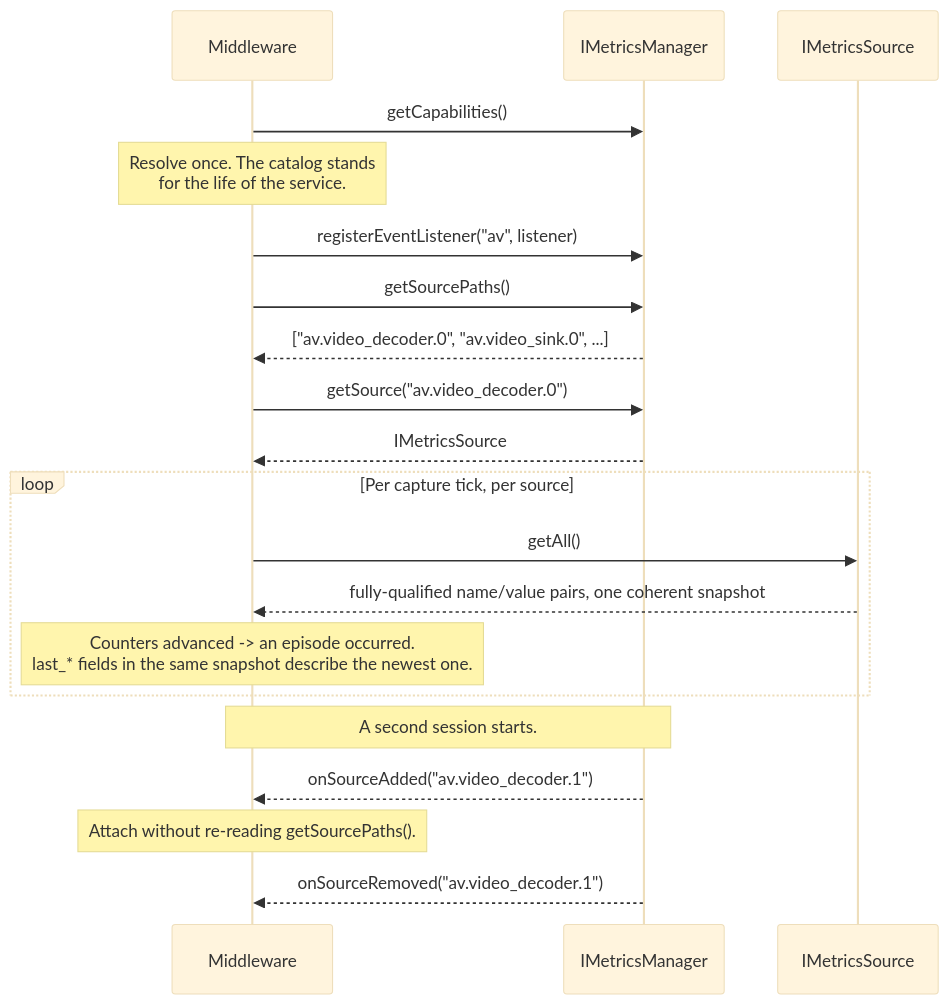
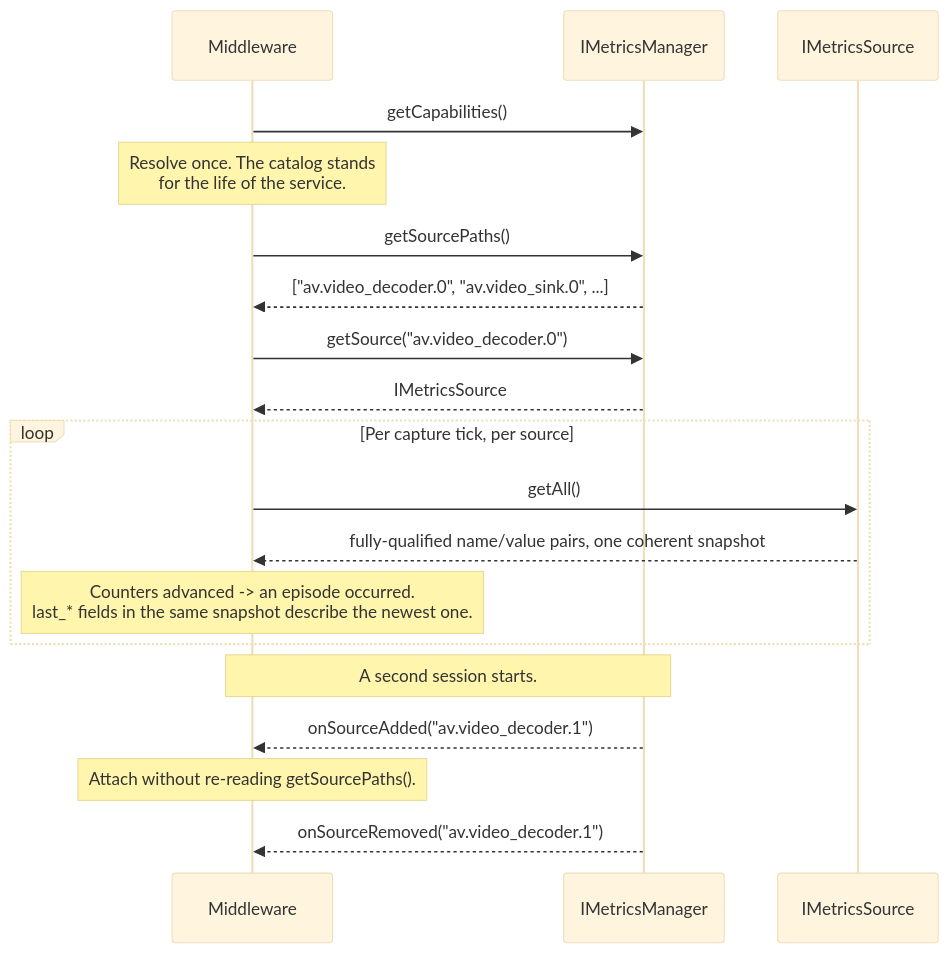
One commit to rdkcentral/rdk-halif-aidl changed the second of 2 diagrams in metrics/current/docs/metrics.md. Above: the diagram before and after it, drawn with Mermaid (base theme). The commit also changed other lines of this file and 9 other files, not shown here.

````diff
--- a/metrics/current/docs/metrics.md
+++ b/metrics/current/docs/metrics.md
@@ -382,25 +375,24 @@
 ```mermaid
 sequenceDiagram
     participant Client as Middleware
     participant MGR as IMetricsManager
     participant SRC as IMetricsSource
 
     Client->>MGR: getCapabilities()
     note over Client: Resolve once. The catalog stands<br>for the life of the service.
-    Client->>MGR: registerEventListener("av", listener)
     Client->>MGR: getSourcePaths()
     MGR-->>Client: ["av.video_decoder.0", "av.video_sink.0", ...]
     Client->>MGR: getSource("av.video_decoder.0")
     MGR-->>Client: IMetricsSource
 
     loop Per capture tick, per source
         Client->>SRC: getAll()
         SRC-->>Client: fully-qualified name/value pairs, one coherent snapshot
         note over Client: Counters advanced -> an episode occurred.<br/>last_* fields in the same snapshot describe the newest one.
     end
 
     note over MGR,Client: A second session starts.
     MGR-->>Client: onSourceAdded("av.video_decoder.1")
     note over Client: Attach without re-reading getSourcePaths().
     MGR-->>Client: onSourceRemoved("av.video_decoder.1")
 ```
````
